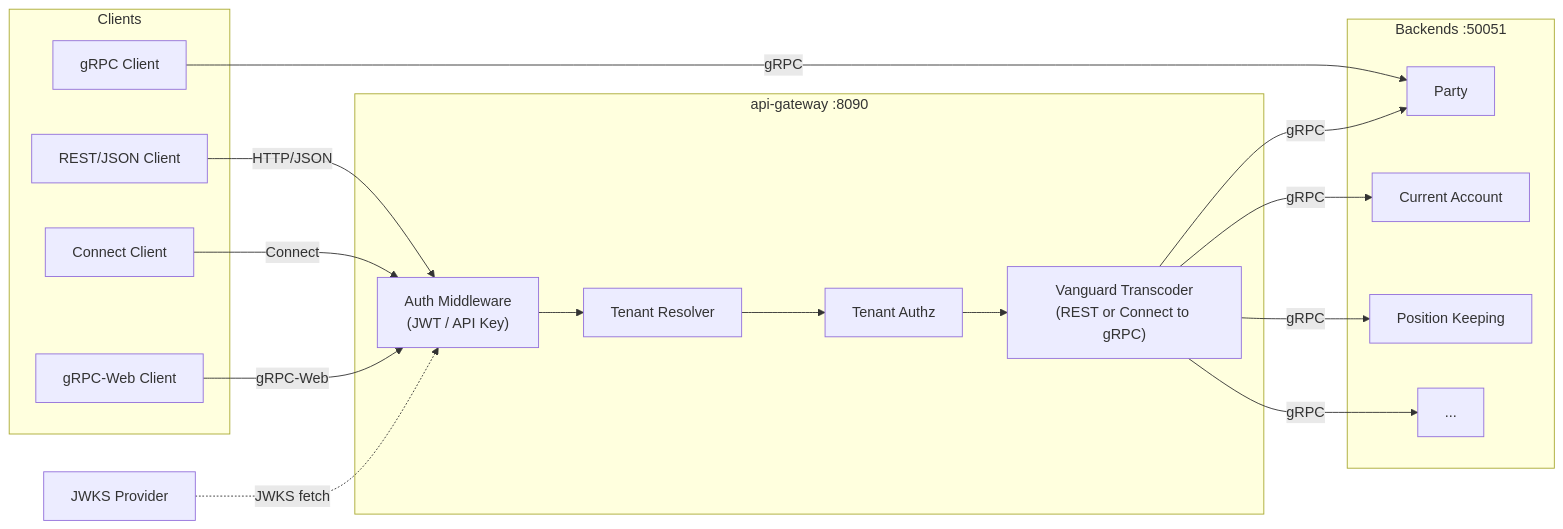
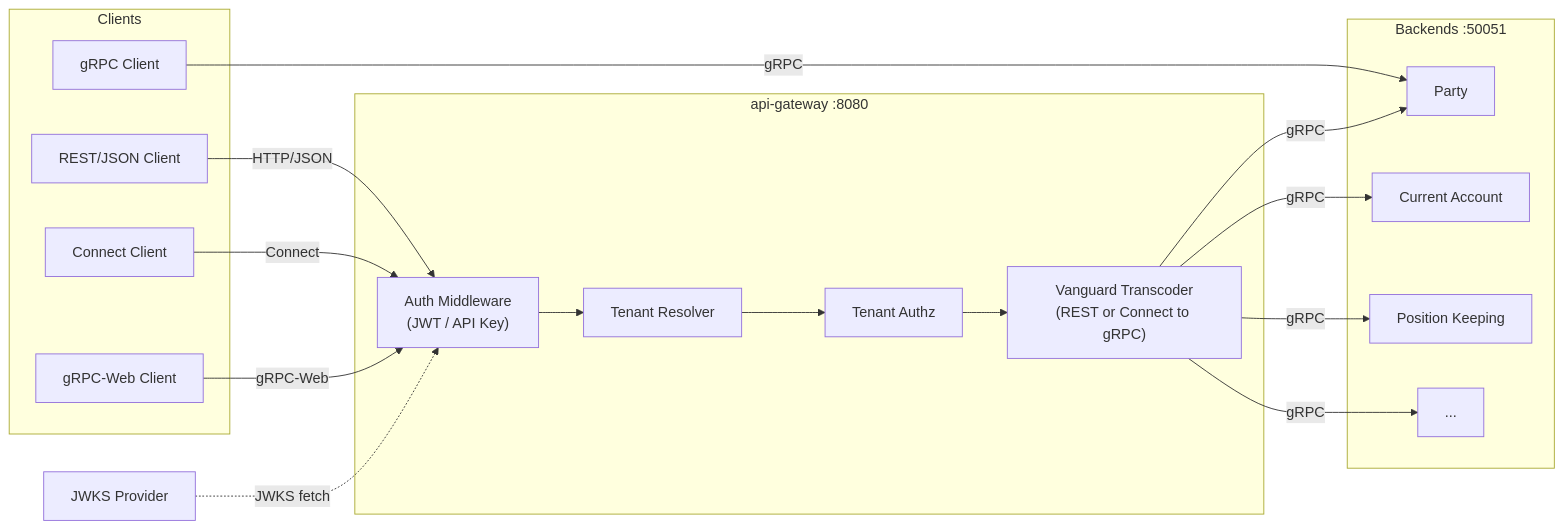
Before and after one commit to meridianhub/meridian: the diagram in services/api-gateway/README.md, drawn with Mermaid. The commit also changed other lines of this file and 1 other file, not shown here.

First line of the commit message:
docs: Fix CodeRabbit findings on api-gateway and mcp-server READMEs

````diff
--- a/services/api-gateway/README.md
+++ b/services/api-gateway/README.md
@@ -191,39 +192,39 @@
 ```mermaid
 flowchart LR
     subgraph Clients
         REST["REST/JSON Client"]
         ConnectClient["Connect Client"]
         GRPCWeb["gRPC-Web Client"]
         GRPC["gRPC Client"]
     end
 
-    subgraph Gateway["api-gateway :8090"]
+    subgraph Gateway["api-gateway :8080"]
         Auth["Auth Middleware<br/>(JWT / API Key)"]
         TenantRes["Tenant Resolver"]
         TenantAuthz["Tenant Authz"]
         Vanguard["Vanguard Transcoder<br/>(REST or Connect to gRPC)"]
     end
 
     subgraph Backends["Backends :50051"]
         Party["Party"]
         Account["Current Account"]
         PK["Position Keeping"]
         Other["..."]
     end
 
     JWKS["JWKS Provider"]
 
     REST -->|HTTP/JSON| Auth
     ConnectClient -->|Connect| Auth
     GRPCWeb -->|gRPC-Web| Auth
     GRPC -->|gRPC| Party
 
     Auth --> TenantRes
     JWKS -.->|JWKS fetch| Auth
     TenantRes --> TenantAuthz
     TenantAuthz --> Vanguard
     Vanguard -->|gRPC| Party
     Vanguard -->|gRPC| Account
     Vanguard -->|gRPC| PK
     Vanguard -->|gRPC| Other
 ```
````
